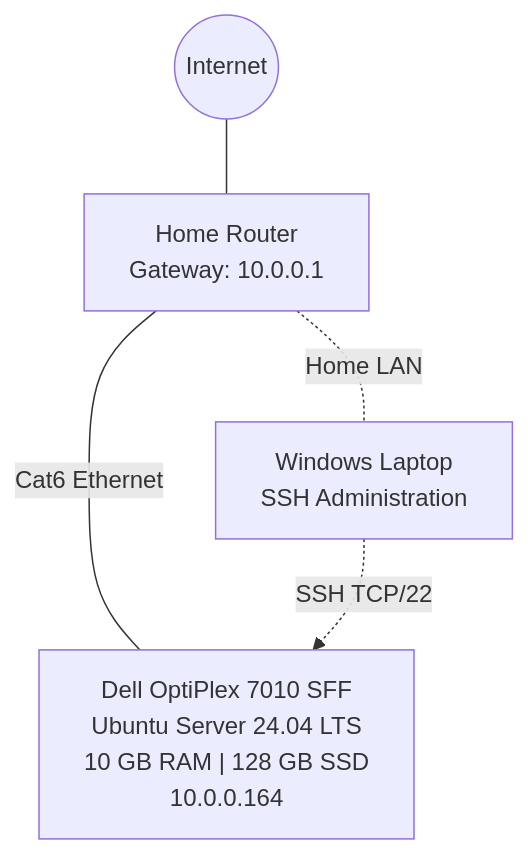
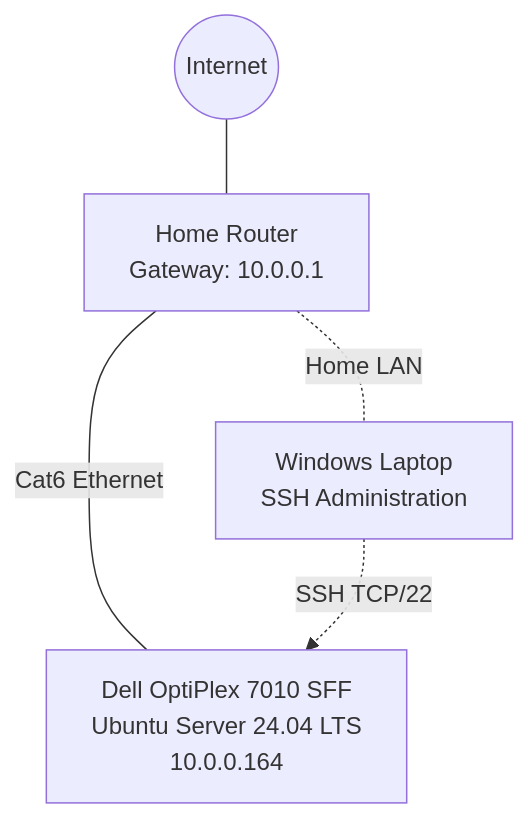
One commit to metellusmax/Physical-Data-Center-Technician-Lab changed the first of 2 diagrams in Architecture/Architecture.md. Above: the diagram before and after it, drawn with Mermaid. The commit also changed other lines of this file, not shown here.

Commit message:
Update server descriptions in architecture diagram
Removed SSD and RAM details from server descriptions.

````diff
--- a/Architecture/Architecture.md
+++ b/Architecture/Architecture.md
@@ -9,12 +9,12 @@
 ```mermaid
 flowchart TB
     Internet((Internet))
     Router["Home Router<br/>Gateway: 10.0.0.1"]
-    Server["Dell OptiPlex 7010 SFF<br/>Ubuntu Server 24.04 LTS<br/>10 GB RAM | 128 GB SSD<br/>10.0.0.164"]
+    Server["Dell OptiPlex 7010 SFF<br/>Ubuntu Server 24.04 LTS<br/>10.0.0.164"]
     Laptop["Windows Laptop<br/>SSH Administration"]
 
     Internet --- Router
     Router ---|"Cat6 Ethernet"| Server
     Router -.-|"Home LAN"| Laptop
     Laptop -.->|"SSH TCP/22"| Server
 ```
````
